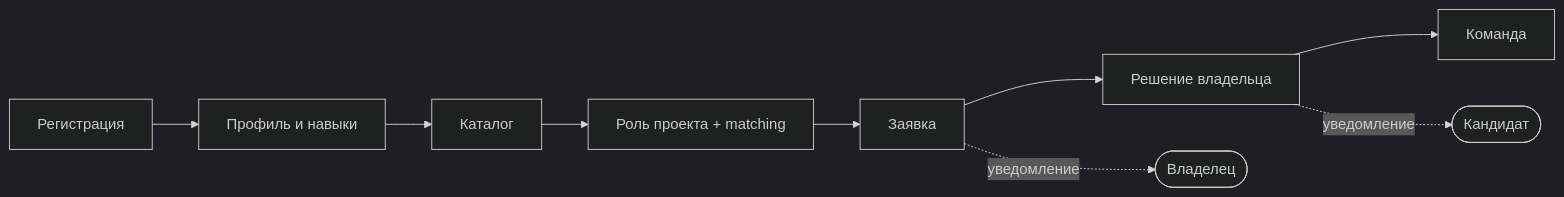
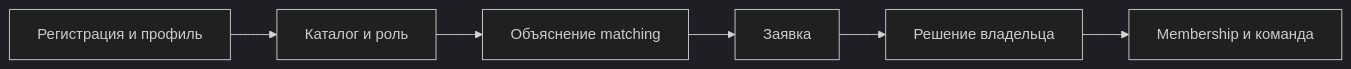
The diagram in README.md (TeamFinderProject/teamfinder-docs), drawn with Mermaid (dark theme) before and after one commit. The commit also changed other lines of this file and 9 other files, not shown here.

````diff
--- a/README.md
+++ b/README.md
@@ -46,11 +30,8 @@
 ```mermaid
 flowchart LR
-    A[Регистрация] --> B[Профиль и навыки]
-    B --> C[Каталог]
-    C --> D[Роль проекта + matching]
-    D --> E[Заявка]
-    E --> F[Решение владельца]
-    F --> G[Команда]
-    E -. уведомление .-> O([Владелец])
-    F -. уведомление .-> K([Кандидат])
+    A[Регистрация и профиль] --> B[Каталог и роль]
+    B --> C[Объяснение matching]
+    C --> D[Заявка]
+    D --> E[Решение владельца]
+    E --> F[Membership и команда]
 ```
````
